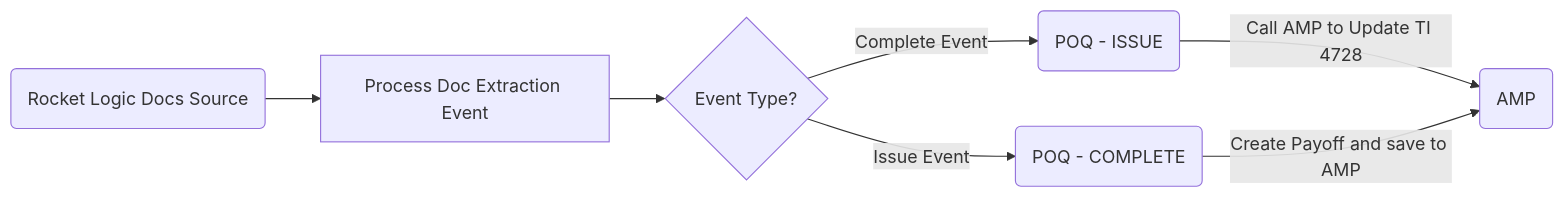
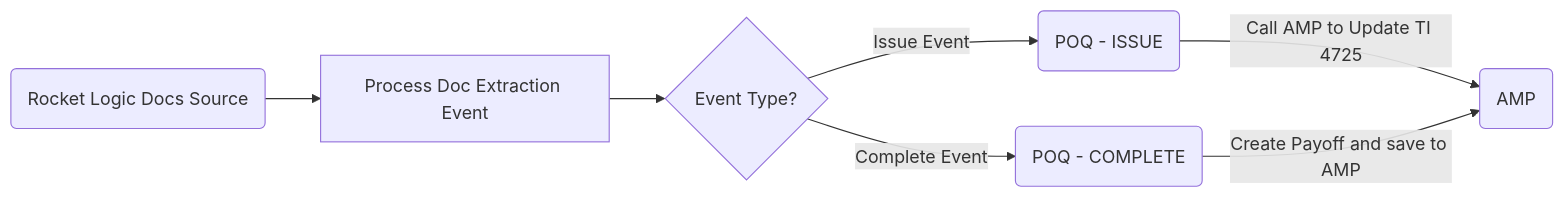
Before and after one commit to travellingcoderr/travellingcoderr: the second of 2 diagrams in README.md, drawn with Mermaid.

````diff
--- a/README.md
+++ b/README.md
@@ -17,13 +17,13 @@
 ```mermaid
 graph LR
 
 A(Rocket Logic Docs Source)
 
 A --> B[Process Doc Extraction Event]
 
 B --> C{Event Type?}
-C -->|Complete Event| D(POQ - ISSUE)
-C -->|Issue Event| E(POQ - COMPLETE)
-D -->|Call AMP to Update TI 4728| F(AMP)
+C -->|Issue Event| D(POQ - ISSUE)
+C -->|Complete Event| E(POQ - COMPLETE)
+D -->|Call AMP to Update TI 4725| F(AMP)
 E -->|Create Payoff and save to AMP| F(AMP)
 ```
````
